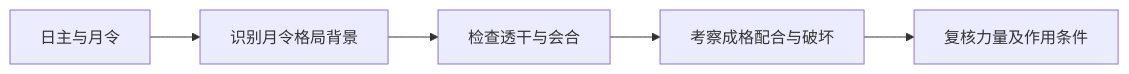
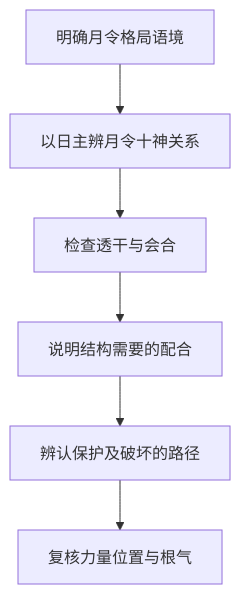
One commit to bamboosjtu/bamboosjtu.github.io changed the diagram in knowledge/traditional/ziping/month-command-and-useful-god.md. Above: the diagram before and after it, drawn with Mermaid. The commit also changed other lines of this file and 11 other files, not shown here.

Commit message:
Expand eleven Ziping study chapters with diagrams and direct chapter index

````diff
--- a/knowledge/traditional/ziping/month-command-and-useful-god.md
+++ b/knowledge/traditional/ziping/month-command-and-useful-god.md
@@ -9,7 +19,8 @@
 ```mermaid
-flowchart LR
-  A[日主与月令] --> B[识别月令格局背景]
-  B --> C[检查透干与会合]
-  C --> D[考察成格配合与破坏]
-  D --> E[复核力量及作用条件]
+flowchart TD
+  A["明确月令格局语境"] --> B["以日主辨月令十神关系"]
+  B --> C["检查透干与会合"]
+  C --> D["说明结构需要的配合"]
+  D --> E["辨认保护及破坏的路径"]
+  E --> F["复核力量位置与根气"]
 ```
````
